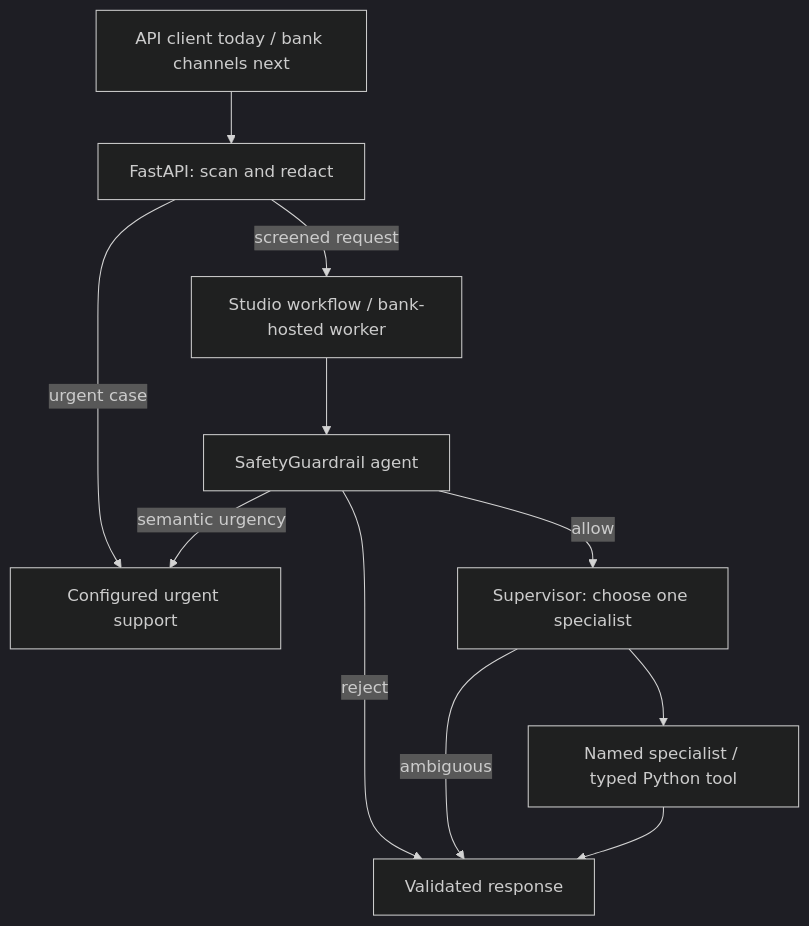
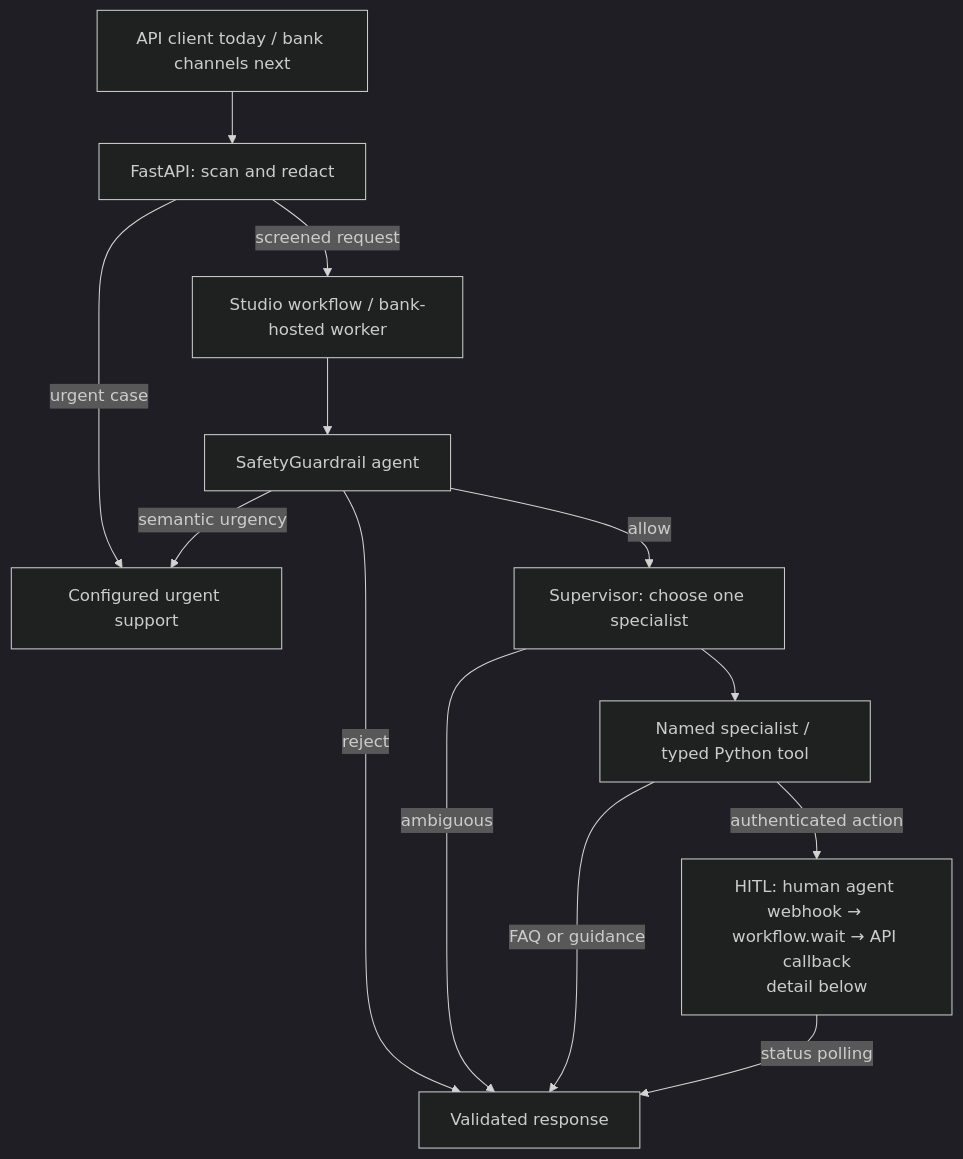
One commit to itarafdar/hdfc_mistral_mvp changed the first of 2 diagrams in README.md. Above: the diagram before and after it, drawn with Mermaid (dark theme). The commit also changed other lines of this file, not shown here.

````diff
--- a/README.md
+++ b/README.md
@@ -13,13 +13,15 @@
 ```mermaid
 flowchart TD
     A[API client today / bank channels next] --> B[FastAPI: scan and redact]
     B -->|urgent case| U[Configured urgent support]
     B -->|screened request| W[Studio workflow / bank-hosted worker]
     W --> G[SafetyGuardrail agent]
     G -->|semantic urgency| U
     G -->|allow| S[Supervisor: choose one specialist]
     G -->|reject| R[Validated response]
     S -->|ambiguous| R
     S --> C[Named specialist / typed Python tool]
-    C --> R
+    C -->|FAQ or guidance| R
+    C -->|authenticated action| H["HITL: human agent webhook → workflow.wait → API callback<br/>detail below"]
+    H -->|status polling| R
 ```
````
